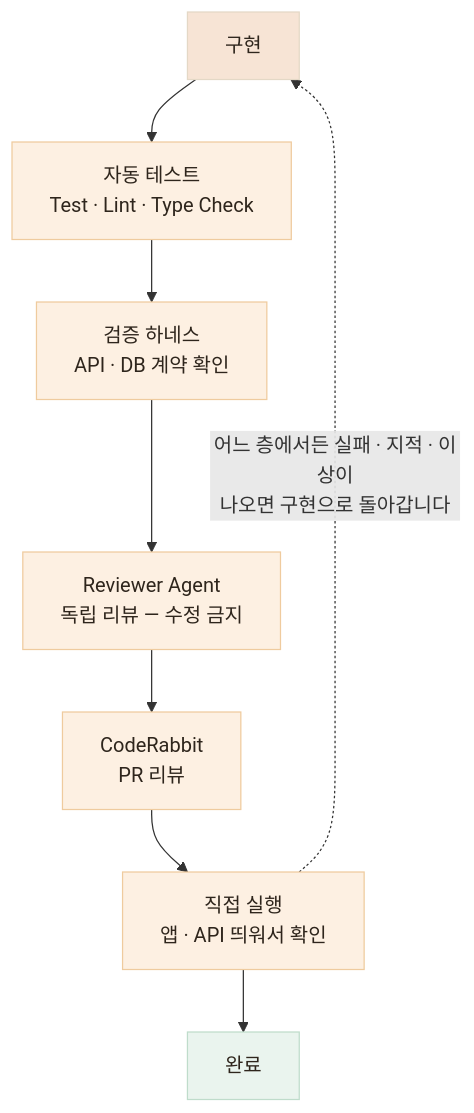
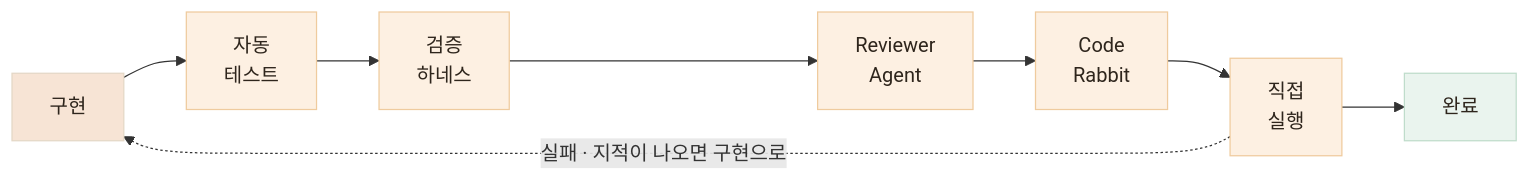
The first of 2 diagrams in public/mds/ai-workflow/verify.md (Jinacker/PortFolio), drawn with Mermaid before and after one commit. The commit also changed other lines of this file and 6 other files, not shown here.

Commit message:
[FEAT] AI 검증 카드에 CodeRabbit 리뷰 사례 보강

````diff
--- a/public/mds/ai-workflow/verify.md
+++ b/public/mds/ai-workflow/verify.md
@@ -16,18 +16,13 @@
 ```mermaid
-flowchart TB
-    I["구현"] --> T["자동 테스트<br/>Test · Lint · Type Check"]
-    T --> H["검증 하네스<br/>API · DB 계약 확인"]
-    H --> RV["Reviewer Agent<br/>독립 리뷰 — 수정 금지"]
-    RV --> CR["CodeRabbit<br/>PR 리뷰"]
-    CR --> RUN["직접 실행<br/>앱 · API 띄워서 확인"]
-    RUN --> DONE["완료"]
-    RUN -.->|"어느 층에서든 실패 · 지적 · 이상이<br/>나오면 구현으로 돌아갑니다"| I
+flowchart LR
+    I["구현"] --> T["자동<br/>테스트"] --> H["검증<br/>하네스"] --> RV["Reviewer<br/>Agent"] --> CR["Code<br/>Rabbit"] --> RUN["직접<br/>실행"] --> DONE["완료"]
+    RUN -.->|"실패 · 지적이 나오면 구현으로"| I
 
     style I fill:#F7E4D5,stroke:#E4D8C6,color:#2E251C
     style T fill:#FDF0E2,stroke:#EFCB9E,color:#2E251C
     style H fill:#FDF0E2,stroke:#EFCB9E,color:#2E251C
     style RV fill:#FDF0E2,stroke:#EFCB9E,color:#2E251C
     style CR fill:#FDF0E2,stroke:#EFCB9E,color:#2E251C
     style RUN fill:#FDF0E2,stroke:#EFCB9E,color:#2E251C
     style DONE fill:#EAF4EE,stroke:#BFDCCB,color:#2E251C
 ```
````
